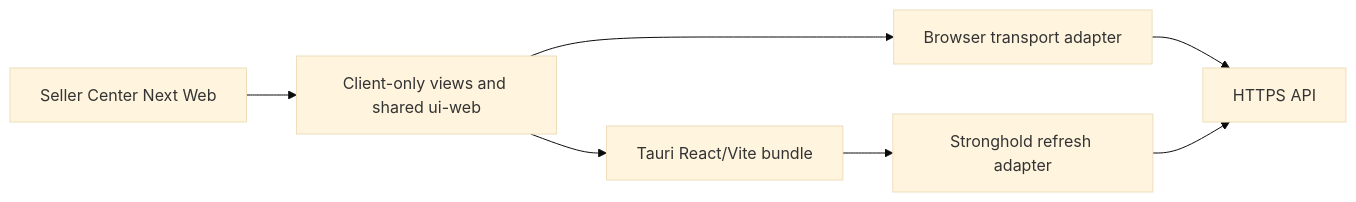
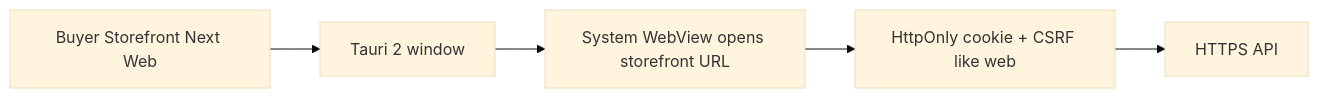
The second of 2 diagrams in docs/design/screen-flows.md (kietda623/do-an-cnpm), drawn with Mermaid (base theme) before and after one commit. The commit also changed other lines of this file and 89 other files, not shown here.

First line of the commit message:
refactor: retire buyer mobile app in favor of web and desktop

````diff
--- a/docs/design/screen-flows.md
+++ b/docs/design/screen-flows.md
@@ -83,9 +83,7 @@
 ```mermaid
 flowchart LR
-  NEXT[Seller Center Next Web] --> CLIENT[Client-only views and shared ui-web]
-  CLIENT --> WEB[Browser transport adapter]
-  CLIENT --> DESKTOP[Tauri React/Vite bundle]
-  DESKTOP --> VAULT[Stronghold refresh adapter]
-  WEB --> API[HTTPS API]
-  VAULT --> API
+  NEXT[Buyer Storefront Next Web] --> WRAP[Tauri 2 window]
+  WRAP --> WEBVIEW[System WebView opens storefront URL]
+  WEBVIEW --> COOKIE[HttpOnly cookie + CSRF like web]
+  COOKIE --> API[HTTPS API]
 ```
````
